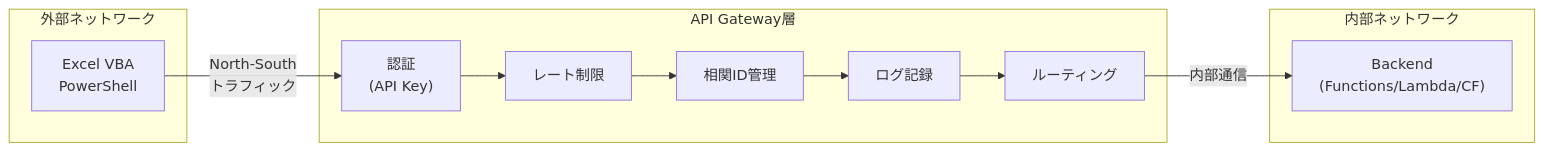
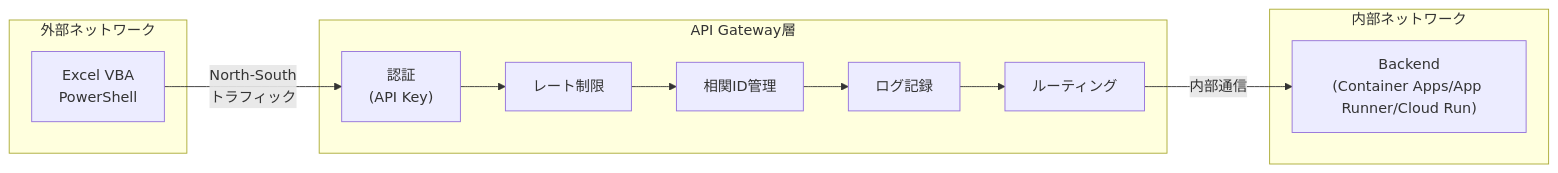
Before and after one commit to GEJFY/ic-test-ai-agent: the first of 7 diagrams in docs/architecture/API_GATEWAY_DESIGN.md, drawn with Mermaid. The commit also changed other lines of this file and 102 other files, not shown here.

````diff
--- a/docs/architecture/API_GATEWAY_DESIGN.md
+++ b/docs/architecture/API_GATEWAY_DESIGN.md
@@ -30,25 +30,25 @@
 ```mermaid
 flowchart LR
     subgraph External["外部ネットワーク"]
         Client["Excel VBA<br/>PowerShell"]
     end
 
     subgraph Gateway["API Gateway層"]
         Auth["認証<br/>(API Key)"]
         Rate["レート制限"]
         CorrID["相関ID管理"]
         Log["ログ記録"]
         Route["ルーティング"]
     end
 
     subgraph Internal["内部ネットワーク"]
-        Backend["Backend<br/>(Functions/Lambda/CF)"]
+        Backend["Backend<br/>(Container Apps/App Runner/Cloud Run)"]
     end
 
     Client -->|"North-South<br/>トラフィック"| Auth
     Auth --> Rate
     Rate --> CorrID
     CorrID --> Log
     Log --> Route
     Route -->|"内部通信"| Backend
 ```
````
